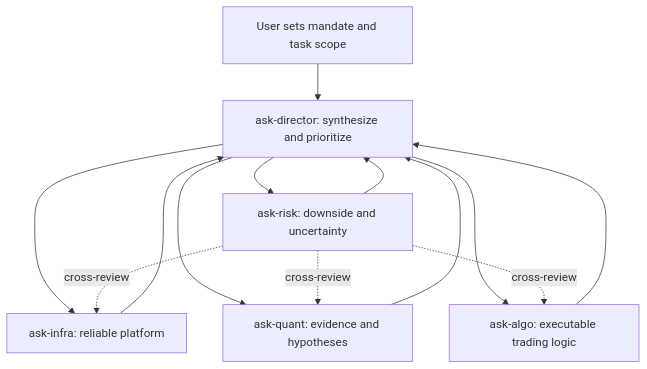
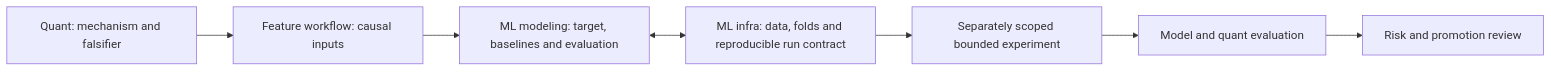
One commit to kenfuliang/quant-trading-lab changed the diagram in docs/advisory-team.md. Above: the diagram before and after it, drawn with Mermaid. The commit also changed other lines of this file and 349 other files, not shown here.

````diff
--- a/docs/advisory-team.md
+++ b/docs/advisory-team.md
@@ -34,15 +185,9 @@
 ```mermaid
-flowchart TD
-    U[User sets mandate and task scope] --> D[ask-director: synthesize and prioritize]
-    D --> I[ask-infra: reliable platform]
-    D --> Q[ask-quant: evidence and hypotheses]
-    D --> A[ask-algo: executable trading logic]
-    D --> R[ask-risk: downside and uncertainty]
-    I --> D
-    Q --> D
-    A --> D
-    R --> D
-    R -. cross-review .-> I
-    R -. cross-review .-> Q
-    R -. cross-review .-> A
+flowchart LR
+    Q[Quant: mechanism and falsifier] --> F[Feature workflow: causal inputs]
+    F --> M[ML modeling: target, baselines and evaluation]
+    M <--> I[ML infra: data, folds and reproducible run contract]
+    I --> E[Separately scoped bounded experiment]
+    E --> V[Model and quant evaluation]
+    V --> R[Risk and promotion review]
 ```
````
